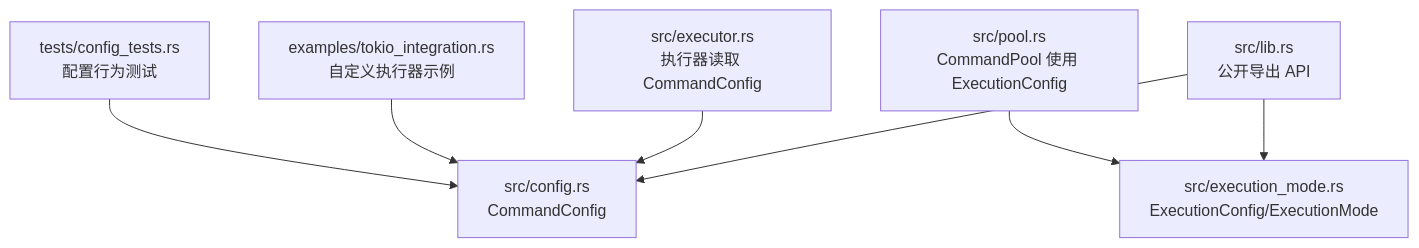
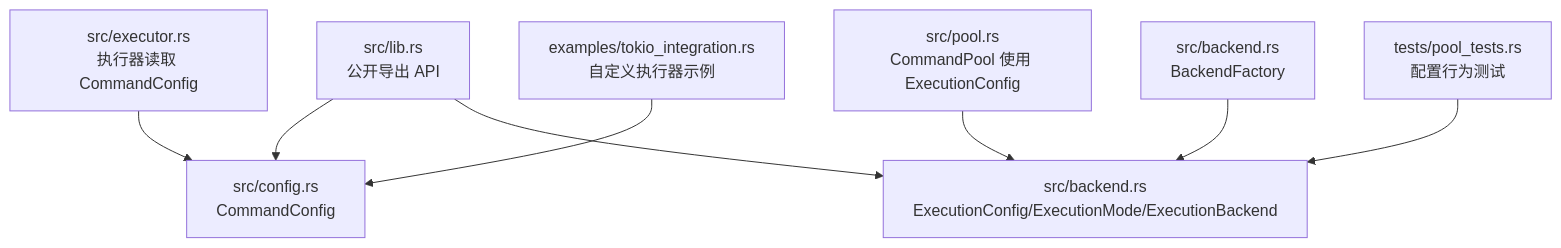
One commit to xcry2006/execute changed the first of 5 diagrams in .qoder/repowiki/zh/content/核心 API 参考/配置 API.md. Above: the diagram before and after it, drawn with Mermaid. The commit also changed other lines of this file and 9 other files, not shown here.

````diff
--- a/.qoder/repowiki/zh/content/核心 API 参考/配置 API.md
+++ b/.qoder/repowiki/zh/content/核心 API 参考/配置 API.md
@@ -42,9 +53,10 @@
 ```mermaid
 graph TB
 A["src/lib.rs<br/>公开导出 API"] --> B["src/config.rs<br/>CommandConfig"]
-A --> C["src/execution_mode.rs<br/>ExecutionConfig/ExecutionMode"]
+A --> C["src/backend.rs<br/>ExecutionConfig/ExecutionMode/ExecutionBackend"]
 D["src/pool.rs<br/>CommandPool 使用 ExecutionConfig"] --> C
 E["src/executor.rs<br/>执行器读取 CommandConfig"] --> B
-F["examples/tokio_integration.rs<br/>自定义执行器示例"] --> B
-G["tests/config_tests.rs<br/>配置行为测试"] --> B
+F["src/backend.rs<br/>BackendFactory"] --> C
+G["examples/tokio_integration.rs<br/>自定义执行器示例"] --> B
+H["tests/pool_tests.rs<br/>配置行为测试"] --> C
 ```
````
